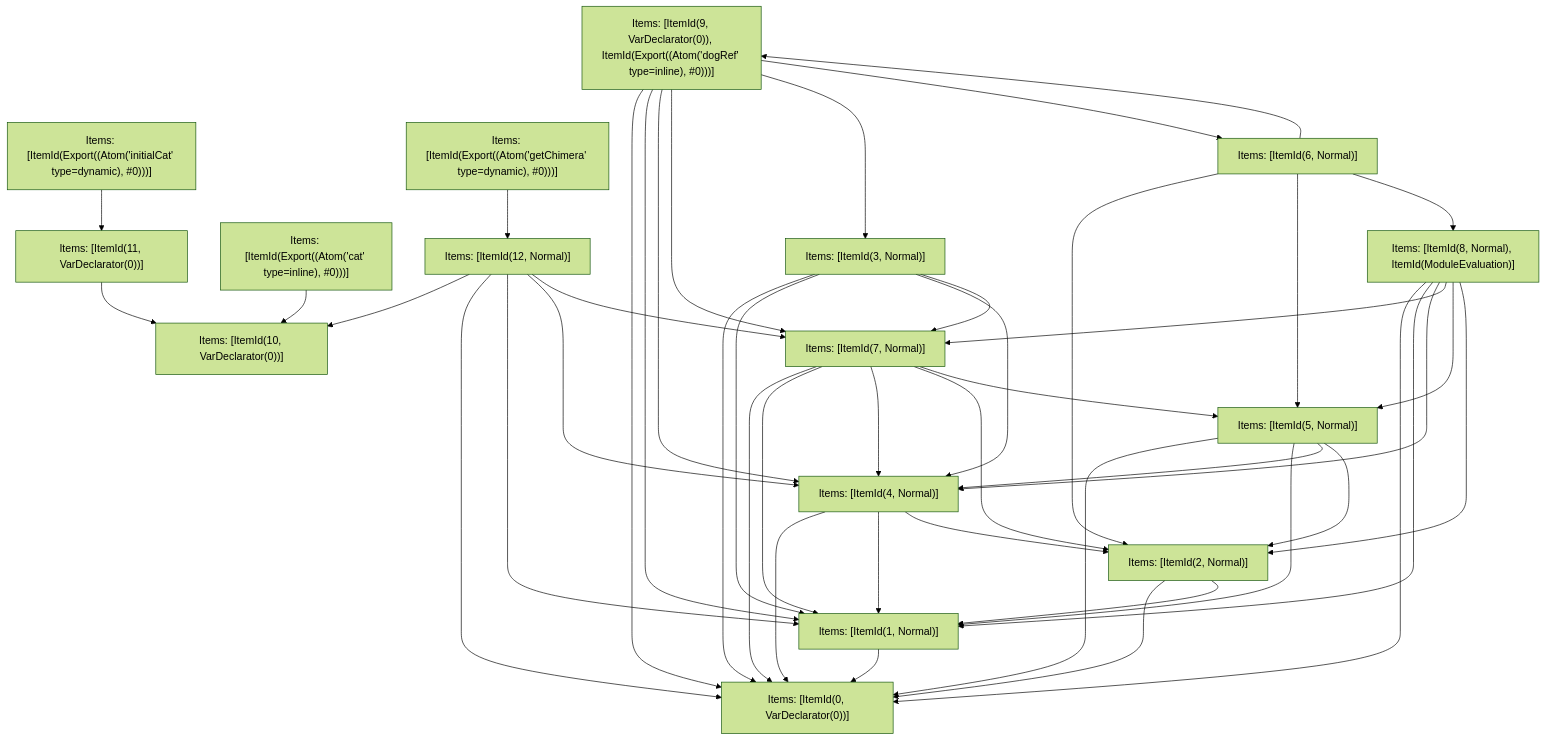
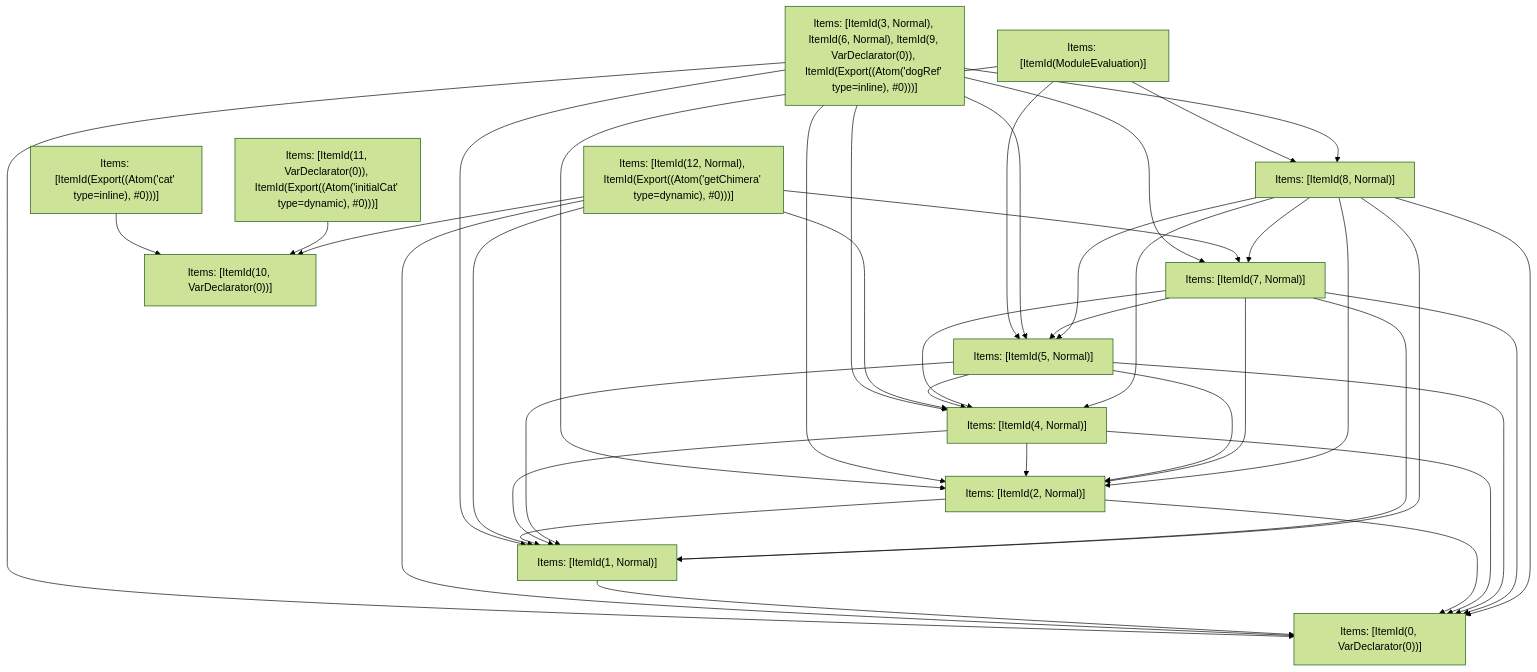
One commit to vercel/turborepo changed the fifth of 5 diagrams in crates/turbopack-ecmascript/tests/tree-shaker/analyzer/complex/output.md. Above: the diagram before and after it, drawn with Mermaid (forest theme). The commit also changed other lines of this file and 3 other files, not shown here.

````diff
--- a/crates/turbopack-ecmascript/tests/tree-shaker/analyzer/complex/output.md
+++ b/crates/turbopack-ecmascript/tests/tree-shaker/analyzer/complex/output.md
@@ -373,63 +373,54 @@
 ```mermaid
 graph TD
-    N0["Items: [ItemId(8, Normal), ItemId(ModuleEvaluation)]"];
-    N1["Items: [ItemId(9, VarDeclarator(0)), ItemId(Export((Atom('dogRef' type=inline), #0)))]"];
+    N0["Items: [ItemId(ModuleEvaluation)]"];
+    N1["Items: [ItemId(3, Normal), ItemId(6, Normal), ItemId(9, VarDeclarator(0)), ItemId(Export((Atom('dogRef' type=inline), #0)))]"];
     N2["Items: [ItemId(Export((Atom('cat' type=inline), #0)))]"];
-    N3["Items: [ItemId(Export((Atom('initialCat' type=dynamic), #0)))]"];
-    N4["Items: [ItemId(Export((Atom('getChimera' type=dynamic), #0)))]"];
+    N3["Items: [ItemId(11, VarDeclarator(0)), ItemId(Export((Atom('initialCat' type=dynamic), #0)))]"];
+    N4["Items: [ItemId(12, Normal), ItemId(Export((Atom('getChimera' type=dynamic), #0)))]"];
     N5["Items: [ItemId(0, VarDeclarator(0))]"];
     N6["Items: [ItemId(1, Normal)]"];
     N7["Items: [ItemId(2, Normal)]"];
-    N8["Items: [ItemId(3, Normal)]"];
-    N9["Items: [ItemId(4, Normal)]"];
-    N10["Items: [ItemId(5, Normal)]"];
-    N11["Items: [ItemId(6, Normal)]"];
+    N8["Items: [ItemId(4, Normal)]"];
+    N9["Items: [ItemId(5, Normal)]"];
+    N10["Items: [ItemId(7, Normal)]"];
+    N11["Items: [ItemId(8, Normal)]"];
     N12["Items: [ItemId(10, VarDeclarator(0))]"];
-    N13["Items: [ItemId(11, VarDeclarator(0))]"];
-    N14["Items: [ItemId(12, Normal)]"];
-    N15["Items: [ItemId(7, Normal)]"];
-    N0 --> N5;
-    N0 --> N6;
+    N0 --> N7;
     N0 --> N9;
-    N0 --> N15;
-    N0 --> N10;
-    N0 --> N7;
+    N0 --> N11;
     N1 --> N5;
     N1 --> N6;
+    N1 --> N8;
+    N1 --> N10;
+    N1 --> N7;
     N1 --> N9;
-    N1 --> N15;
-    N1 --> N8;
     N1 --> N11;
     N2 --> N12;
-    N3 --> N13;
-    N4 --> N14;
+    N3 --> N12;
+    N4 --> N12;
+    N4 --> N5;
+    N4 --> N6;
+    N4 --> N8;
+    N4 --> N10;
     N6 --> N5;
     N7 --> N5;
     N7 --> N6;
     N8 --> N5;
     N8 --> N6;
-    N8 --> N9;
-    N8 --> N15;
+    N8 --> N7;
     N9 --> N5;
     N9 --> N6;
+    N9 --> N8;
     N9 --> N7;
     N10 --> N5;
     N10 --> N6;
+    N10 --> N8;
+    N10 --> N7;
     N10 --> N9;
-    N10 --> N7;
+    N11 --> N5;
+    N11 --> N6;
+    N11 --> N8;
+    N11 --> N10;
+    N11 --> N9;
     N11 --> N7;
-    N11 --> N10;
-    N11 --> N0;
-    N11 --> N1;
-    N13 --> N12;
-    N14 --> N12;
-    N14 --> N5;
-    N14 --> N6;
-    N14 --> N9;
-    N14 --> N15;
-    N15 --> N5;
-    N15 --> N6;
-    N15 --> N9;
-    N15 --> N7;
-    N15 --> N10;
 ```
````
